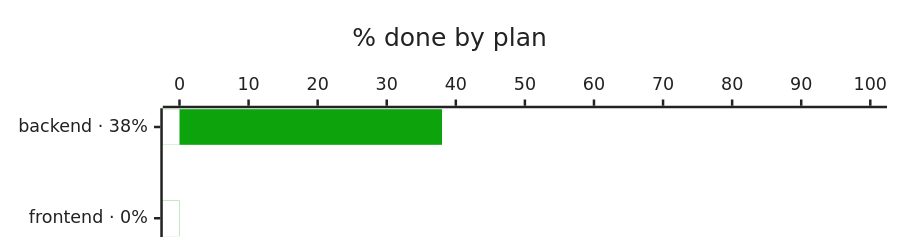
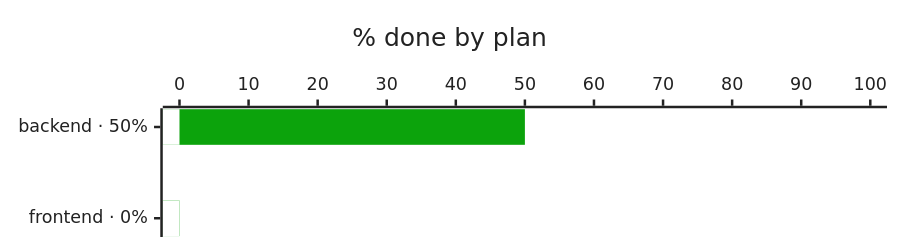
Before and after one commit to bvraghav/pm-dummy: the third of 4 diagrams in progress/README.md, drawn with Mermaid. The commit also changed other lines of this file and 4 other files, not shown here.

````diff
--- a/progress/README.md
+++ b/progress/README.md
@@ -32,9 +32,9 @@
 ```mermaid
 %%{init: {"themeVariables": {"xyChart": {"backgroundColor": "#ffffff", "titleColor": "#222222", "plotColorPalette": "#0ca30c,#ffffff", "xAxisLabelColor": "#222222", "xAxisTitleColor": "#222222", "xAxisTickColor": "#222222", "xAxisLineColor": "#222222", "yAxisLabelColor": "#222222", "yAxisTitleColor": "#222222", "yAxisTickColor": "#222222", "yAxisLineColor": "#222222"}}, "xyChart": {"height": 180}}}%%
 xychart-beta horizontal
   title "% done by plan"
-  x-axis ["backend · 38%", "frontend · 0%"]
+  x-axis ["backend · 50%", "frontend · 0%"]
   y-axis "% done" 0 --> 100
-  bar [38, 0]
+  bar [50, 0]
   bar [0, 0]
 ```
````
